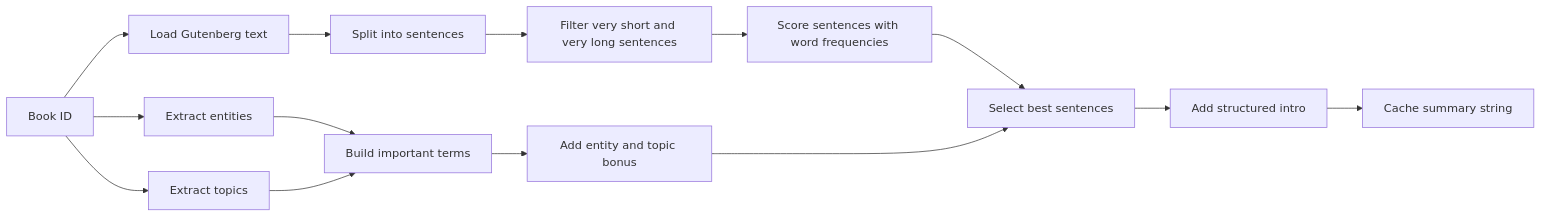
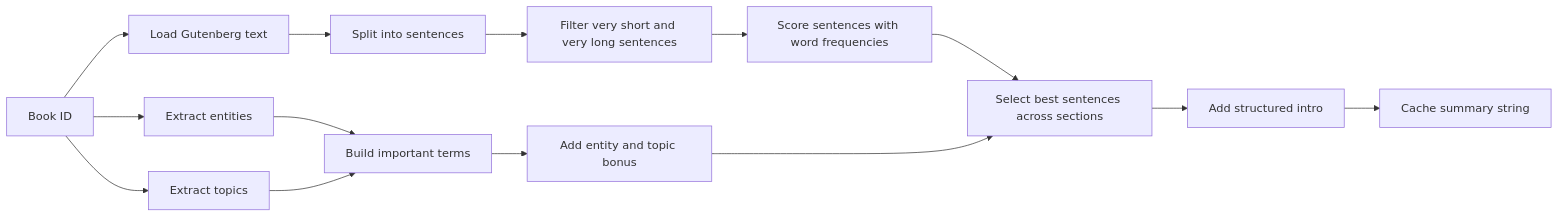
One commit to LouiseNedjma13/T-AIA-600-MAR_4 changed the fourth of 6 diagrams in README.md. Above: the diagram before and after it, drawn with Mermaid. The commit also changed other lines of this file and 22 other files, not shown here.

````diff
--- a/README.md
+++ b/README.md
@@ -177,16 +203,16 @@
 ```mermaid
 flowchart LR
     A[Book ID] --> B[Load Gutenberg text]
     A --> C[Extract entities]
     A --> D[Extract topics]
     B --> E[Split into sentences]
     E --> F[Filter very short and very long sentences]
     C --> G[Build important terms]
     D --> G
     F --> H[Score sentences with word frequencies]
     G --> I[Add entity and topic bonus]
-    H --> J[Select best sentences]
+    H --> J[Select best sentences across sections]
     I --> J
     J --> K[Add structured intro]
     K --> L[Cache summary string]
 ```
````
